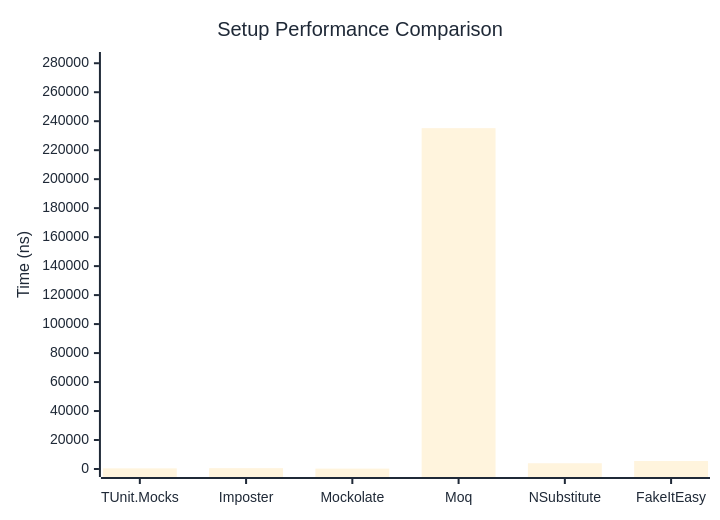
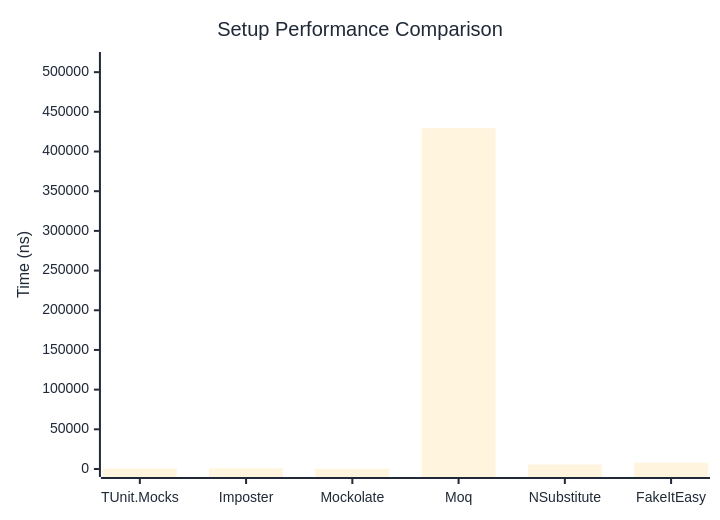
The first of 2 diagrams in docs/docs/benchmarks/mocks/Setup.md (thomhurst/TUnit), drawn with Mermaid before and after one commit. The commit also changed other lines of this file and 14 other files, not shown here.

````diff
--- a/docs/docs/benchmarks/mocks/Setup.md
+++ b/docs/docs/benchmarks/mocks/Setup.md
@@ -30,27 +30,27 @@
 ```mermaid
 %%{init: {
   'theme':'base',
   'themeVariables': {
     'primaryColor': '#2563eb',
     'primaryTextColor': '#1f2937',
     'primaryBorderColor': '#1e40af',
     'lineColor': '#6b7280',
     'secondaryColor': '#7c3aed',
     'tertiaryColor': '#dc2626',
     'background': '#ffffff',
     'pie1': '#2563eb',
     'pie2': '#7c3aed',
     'pie3': '#dc2626',
     'pie4': '#f59e0b',
     'pie5': '#10b981',
     'pie6': '#06b6d4',
     'pie7': '#ec4899',
     'pie8': '#6366f1'
   }
 }}%%
 xychart-beta
   title "Setup Performance Comparison"
   x-axis ["TUnit.Mocks", "Imposter", "Mockolate", "Moq", "NSubstitute", "FakeItEasy"]
-  y-axis "Time (ns)" 0 --> 282230
-  bar [431.3, 580.2, 256.6, 235191.5, 3970, 5515.8]
+  y-axis "Time (ns)" 0 --> 515310
+  bar [513.9, 808.5, 302.4, 429424.3, 5562.4, 7922.6]
 ```
````
